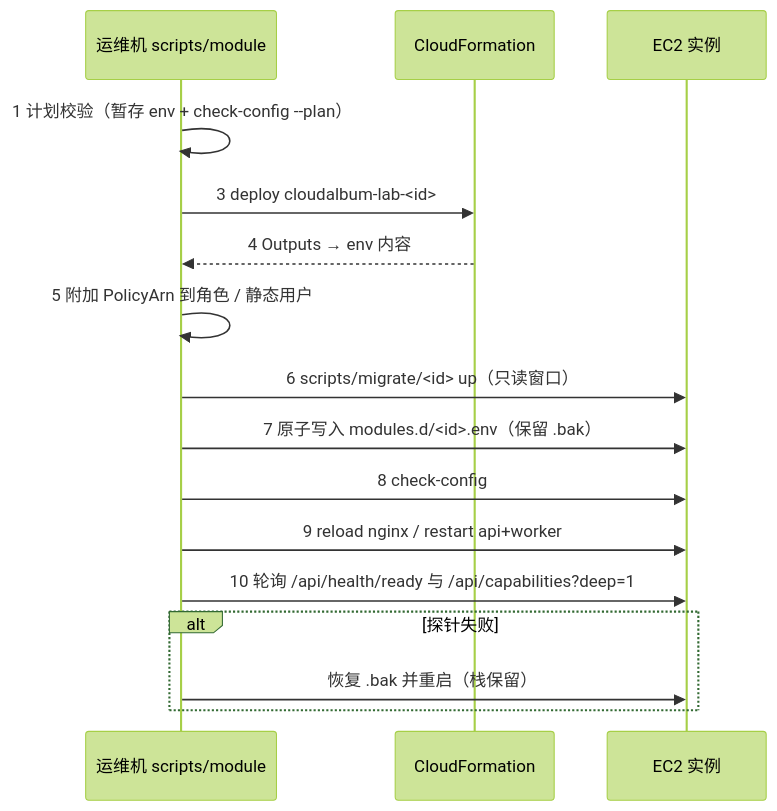
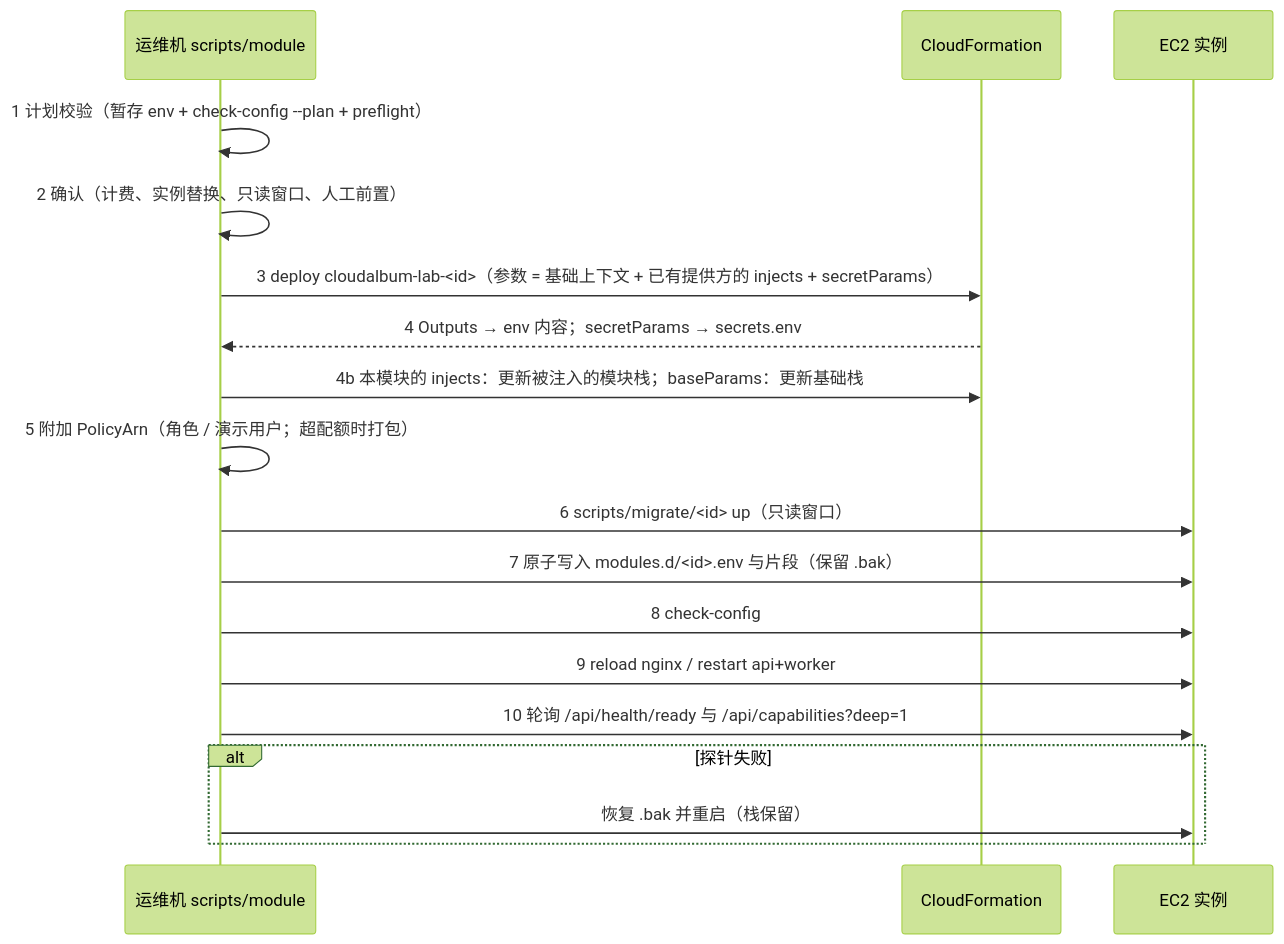
The fourth of 4 diagrams in docs/modular-design.md (anc-repository/aws_training), drawn with Mermaid (forest theme) before and after one commit. The commit also changed other lines of this file and 12 other files, not shown here.

````diff
--- a/docs/modular-design.md
+++ b/docs/modular-design.md
@@ -2060,18 +2807,20 @@
 ```mermaid
 sequenceDiagram
     participant Op as 运维机 scripts/module
     participant CFN as CloudFormation
     participant I as EC2 实例
-    Op->>Op: 1 计划校验（暂存 env + check-config --plan）
-    Op->>CFN: 3 deploy cloudalbum-lab-<id>
-    CFN-->>Op: 4 Outputs → env 内容
-    Op->>Op: 5 附加 PolicyArn 到角色 / 静态用户
+    Op->>Op: 1 计划校验（暂存 env + check-config --plan + preflight）
+    Op->>Op: 2 确认（计费、实例替换、只读窗口、人工前置）
+    Op->>CFN: 3 deploy cloudalbum-lab-<id>（参数 = 基础上下文 + 已有提供方的 injects + secretParams）
+    CFN-->>Op: 4 Outputs → env 内容；secretParams → secrets.env
+    Op->>CFN: 4b 本模块的 injects：更新被注入的模块栈；baseParams：更新基础栈
+    Op->>Op: 5 附加 PolicyArn（角色 / 演示用户；超配额时打包）
     Op->>I: 6 scripts/migrate/<id> up（只读窗口）
-    Op->>I: 7 原子写入 modules.d/<id>.env（保留 .bak）
+    Op->>I: 7 原子写入 modules.d/<id>.env 与片段（保留 .bak）
     Op->>I: 8 check-config
     Op->>I: 9 reload nginx / restart api+worker
     Op->>I: 10 轮询 /api/health/ready 与 /api/capabilities?deep=1
     alt 探针失败
       Op->>I: 恢复 .bak 并重启（栈保留）
     end
 ```
````
